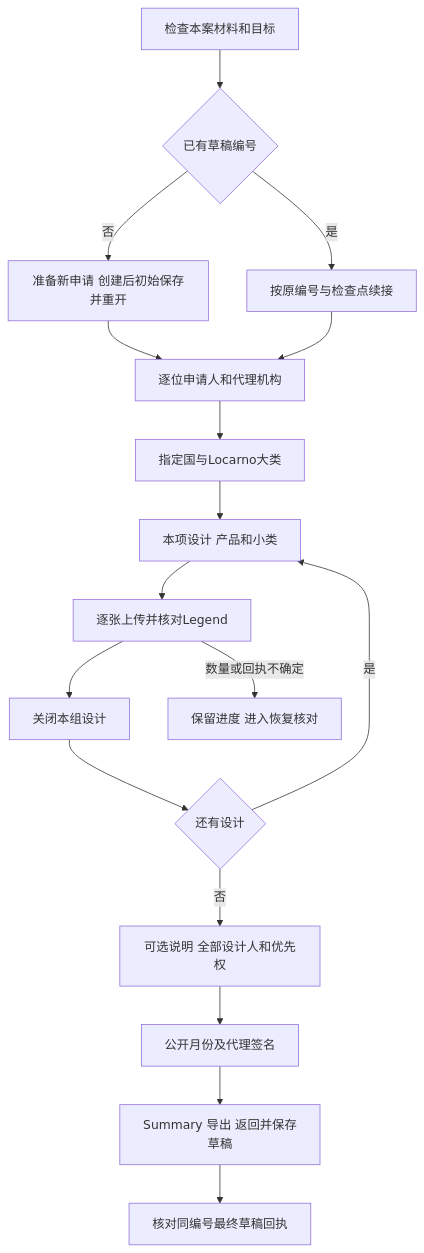
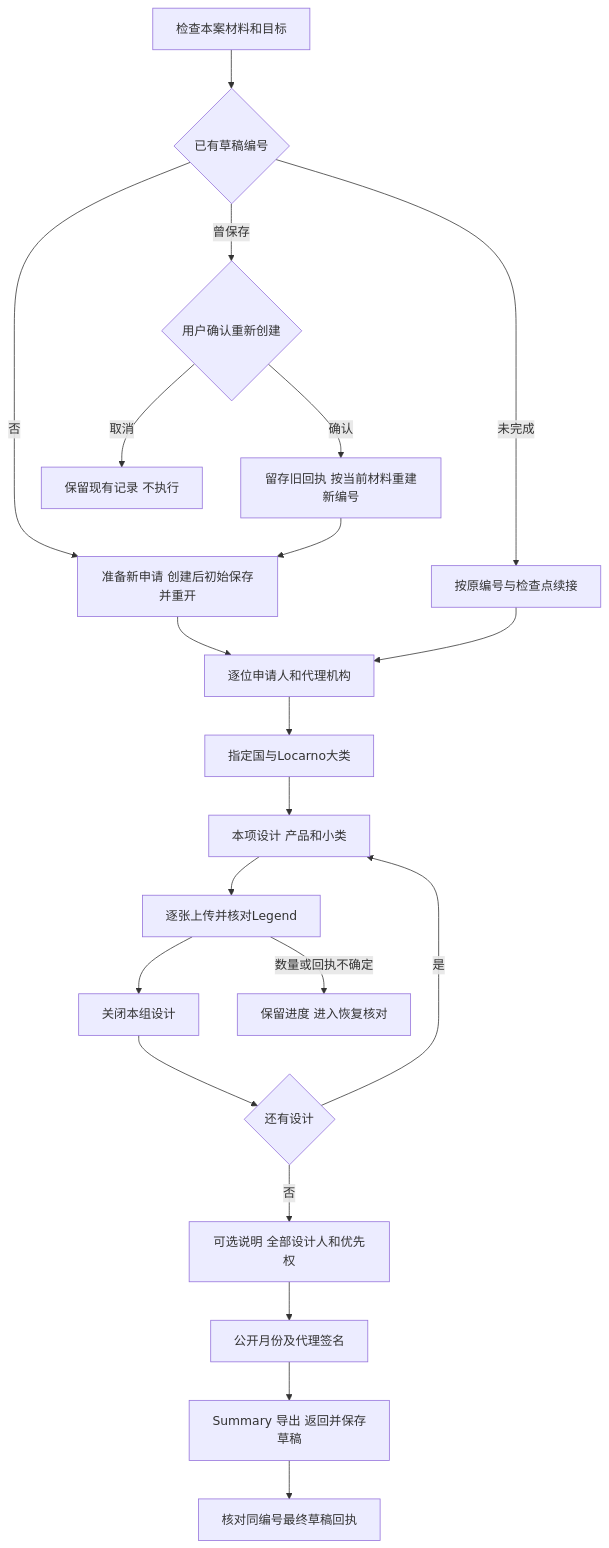
The sixth of 8 diagrams in patmail-extension/docs/workflows/海牙新申请.md (haohaizi233/patmail), drawn with Mermaid before and after one commit. The commit also changed other lines of this file and 1 other file, not shown here.

````diff
--- a/patmail-extension/docs/workflows/海牙新申请.md
+++ b/patmail-extension/docs/workflows/海牙新申请.md
@@ -226,23 +226,27 @@
 ```mermaid
 flowchart TD
   A[检查本案材料和目标] --> B{已有草稿编号}
   B -->|否| C[准备新申请 创建后初始保存并重开]
-  B -->|是| D[按原编号与检查点续接]
+  B -->|未完成| D[按原编号与检查点续接]
+  B -->|曾保存| Q{用户确认重新创建}
+  Q -->|确认| V[留存旧回执 按当前材料重建新编号]
+  Q -->|取消| T[保留现有记录 不执行]
+  V --> C
   C --> E[逐位申请人和代理机构]
   D --> E
   E --> F[指定国与Locarno大类]
   F --> G[本项设计 产品和小类]
   G --> H[逐张上传并核对Legend]
   H --> I[关闭本组设计]
   I --> J{还有设计}
   J -->|是| G
   J -->|否| K[可选说明 全部设计人和优先权]
   K --> L[公开月份及代理签名]
   L --> M[Summary 导出 返回并保存草稿]
   M --> R[核对同编号最终草稿回执]
   H -->|数量或回执不确定| X[保留进度 进入恢复核对]
   class A,C,D,E,F,G,H,I,K,L,M pmStep
   class B,J pmDecision
   class X pmStop
   class R pmSuccess
 ```
````
